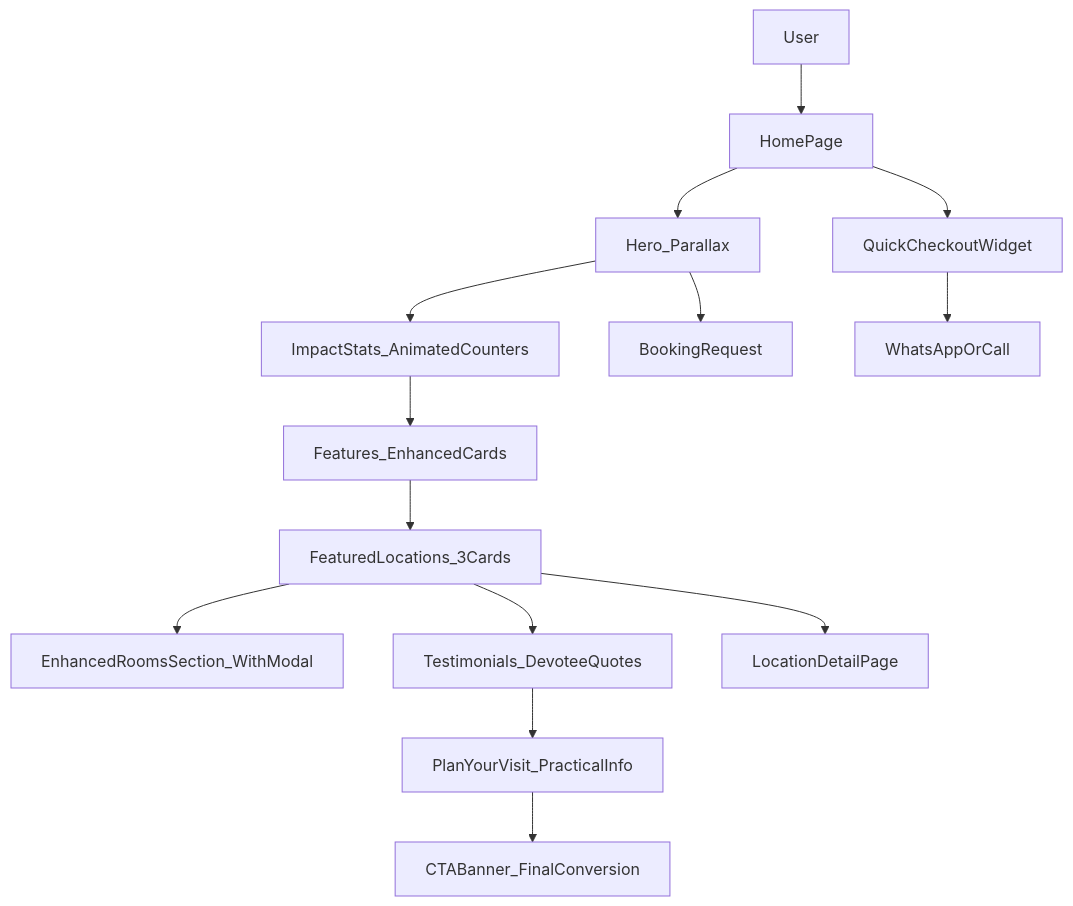
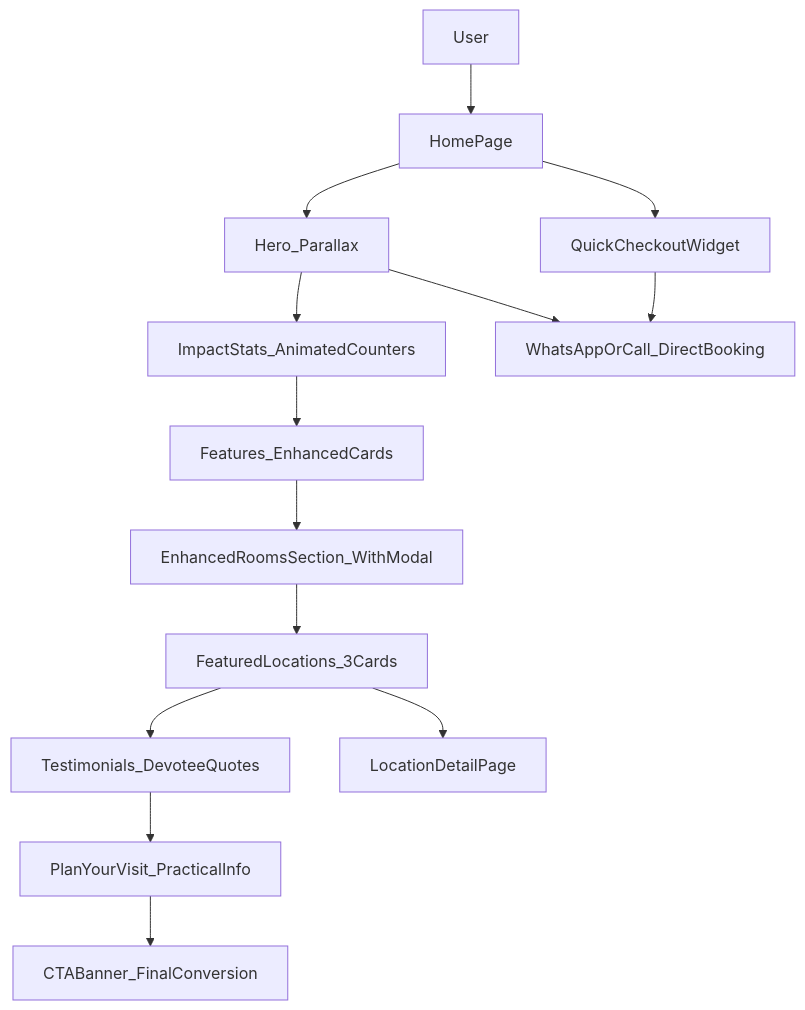
One commit to AmanVatsSharma/Gajanan-Maharaj-Sansthan changed the diagram in src/features/info/MODULE_DOC.md. Above: the diagram before and after it, drawn with Mermaid. The commit also changed other lines of this file and 2 other files, not shown here.

Commit message:
Reorder home page sections to prioritize rooms over locations for improved conversion flow. Remove secondary navigation links from the hero section to streamline user experience and focus on direct booking options.

````diff
--- a/src/features/info/MODULE_DOC.md
+++ b/src/features/info/MODULE_DOC.md
@@ -31,16 +31,16 @@
 ```mermaid
 flowchart TD
   user[User] --> home[HomePage]
   home --> hero[Hero_Parallax]
   home --> quickCheckout[QuickCheckoutWidget]
   hero --> stats[ImpactStats_AnimatedCounters]
   stats --> features[Features_EnhancedCards]
-  features --> locations[FeaturedLocations_3Cards]
-  locations --> rooms[EnhancedRoomsSection_WithModal]
+  features --> rooms[EnhancedRoomsSection_WithModal]
+  rooms --> locations[FeaturedLocations_3Cards]
   locations --> testimonials[Testimonials_DevoteeQuotes]
   testimonials --> visit[PlanYourVisit_PracticalInfo]
   visit --> cta[CTABanner_FinalConversion]
-  hero --> booking[BookingRequest]
-  quickCheckout --> contact[WhatsAppOrCall]
+  hero --> contact[WhatsAppOrCall_DirectBooking]
+  quickCheckout --> contact
   locations --> locationDetail[LocationDetailPage]
 ```
````
